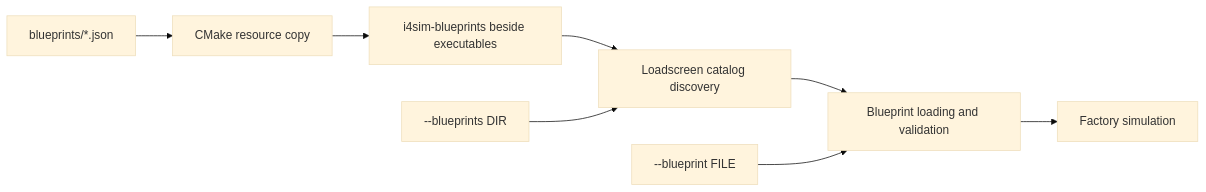
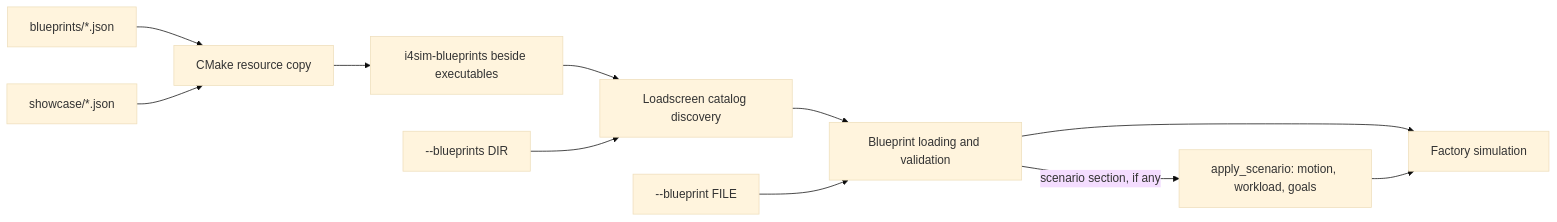
One commit to SMB-M87/Kinetra-Lab changed the diagram in labs/i4sim/blueprints/README.md. Above: the diagram before and after it, drawn with Mermaid (base theme). The commit also changed other lines of this file and 17 other files, not shown here.

First line of the commit message:
feat(i4sim): showcase the presentation-test scenes from the loadscreen

````diff
--- a/labs/i4sim/blueprints/README.md
+++ b/labs/i4sim/blueprints/README.md
@@ -14,10 +15,13 @@
 ```mermaid
 flowchart LR
     Source["blueprints/*.json"] --> Copy["CMake resource copy"]
     Copy --> Adjacent["i4sim-blueprints beside executables"]
     Adjacent --> Catalog["Loadscreen catalog discovery"]
+    Showcase["showcase/*.json"] --> Copy
     Custom["--blueprints DIR"] --> Catalog
     Catalog --> Loader["Blueprint loading and validation"]
     Direct["--blueprint FILE"] --> Loader
     Loader --> Sim["Factory simulation"]
+    Loader -->|"scenario section, if any"| Setup["apply_scenario: motion, workload, goals"]
+    Setup --> Sim
 ```
````
